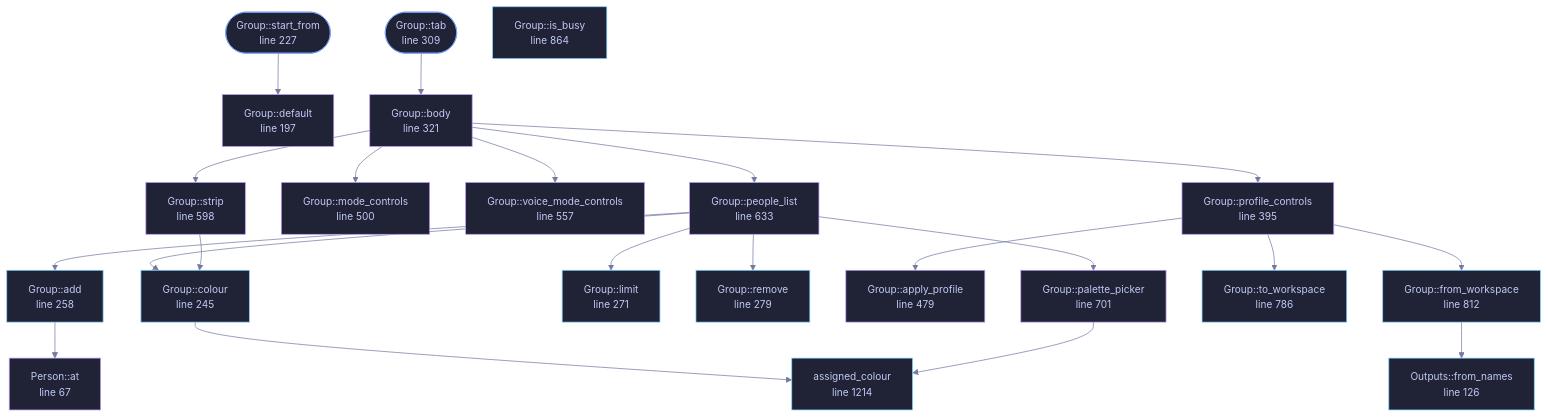
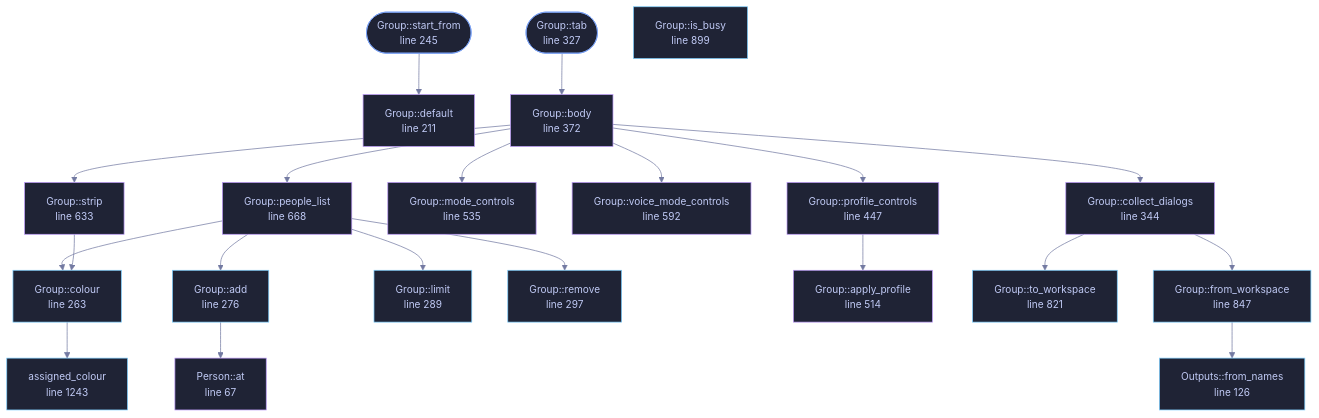
Before and after one commit to tilas01/veilvoice: the diagram in docs/files/veilvoice-gui/group.md, drawn with Mermaid. The commit also changed other lines of this file and 42 other files, not shown here.

````diff
--- a/docs/files/veilvoice-gui/group.md
+++ b/docs/files/veilvoice-gui/group.md
@@ -112,74 +112,73 @@
 ```mermaid
 %%{init: {"theme":"base","themeVariables":{"background":"#1a1b26","primaryColor":"#1f2335","primaryTextColor":"#c0caf5","primaryBorderColor":"#7aa2f7","secondaryColor":"#16161e","tertiaryColor":"#16161e","lineColor":"#737aa2","textColor":"#c0caf5","mainBkg":"#1f2335","nodeBorder":"#7aa2f7","clusterBkg":"#16161e","clusterBorder":"#2f3549","fontFamily":"ui-monospace, SFMono-Regular, Consolas, monospace","fontSize":"14px"}}}%%
 flowchart TD
     n_at["Person::at<br/>line 67"]
     n_default["Outputs::default<br/>line 91"]
     n_from_names["Outputs::from_names<br/>line 126"]
-    n_default["Group::default<br/>line 197"]
-    n_start_from(["Group::start_from<br/>line 227"])
-    n_colour["Group::colour<br/>line 245"]
-    n_add["Group::add<br/>line 258"]
-    n_limit["Group::limit<br/>line 271"]
-    n_remove["Group::remove<br/>line 279"]
-    n_tab(["Group::tab<br/>line 309"])
-    n_body["Group::body<br/>line 321"]
-    n_profile_controls["Group::profile_controls<br/>line 395"]
-    n_apply_profile["Group::apply_profile<br/>line 479"]
-    n_mode_controls["Group::mode_controls<br/>line 500"]
-    n_voice_mode_controls["Group::voice_mode_controls<br/>line 557"]
-    n_strip["Group::strip<br/>line 598"]
-    n_people_list["Group::people_list<br/>line 633"]
-    n_palette_picker["Group::palette_picker<br/>line 701"]
-    n_to_workspace["Group::to_workspace<br/>line 786"]
-    n_from_workspace["Group::from_workspace<br/>line 812"]
-    n_is_busy["Group::is_busy<br/>line 864"]
-    n_assigned_colour["assigned_colour<br/>line 1214"]
+    n_default["Group::default<br/>line 211"]
+    n_start_from(["Group::start_from<br/>line 245"])
+    n_colour["Group::colour<br/>line 263"]
+    n_add["Group::add<br/>line 276"]
+    n_limit["Group::limit<br/>line 289"]
+    n_remove["Group::remove<br/>line 297"]
+    n_tab(["Group::tab<br/>line 327"])
+    n_collect_dialogs["Group::collect_dialogs<br/>line 344"]
+    n_body["Group::body<br/>line 372"]
+    n_profile_controls["Group::profile_controls<br/>line 447"]
+    n_apply_profile["Group::apply_profile<br/>line 514"]
+    n_mode_controls["Group::mode_controls<br/>line 535"]
+    n_voice_mode_controls["Group::voice_mode_controls<br/>line 592"]
+    n_strip["Group::strip<br/>line 633"]
+    n_people_list["Group::people_list<br/>line 668"]
+    n_to_workspace["Group::to_workspace<br/>line 821"]
+    n_from_workspace["Group::from_workspace<br/>line 847"]
+    n_is_busy["Group::is_busy<br/>line 899"]
+    n_assigned_colour["assigned_colour<br/>line 1243"]
     n_add --> n_at
+    n_body --> n_collect_dialogs
     n_body --> n_mode_controls
     n_body --> n_people_list
     n_body --> n_profile_controls
     n_body --> n_strip
     n_body --> n_voice_mode_controls
+    n_collect_dialogs --> n_from_workspace
+    n_collect_dialogs --> n_to_workspace
     n_colour --> n_assigned_colour
     n_from_workspace --> n_from_names
-    n_palette_picker --> n_assigned_colour
     n_people_list --> n_add
     n_people_list --> n_colour
     n_people_list --> n_limit
-    n_people_list --> n_palette_picker
     n_people_list --> n_remove
     n_profile_controls --> n_apply_profile
-    n_profile_controls --> n_from_workspace
-    n_profile_controls --> n_to_workspace
     n_start_from --> n_default
     n_strip --> n_colour
     n_tab --> n_body
     click n_at href "https://github.com/tilas01/veilvoice/blob/main/crates/veilvoice-gui/src/group.rs#L67" "open the source"
     click n_default href "https://github.com/tilas01/veilvoice/blob/main/crates/veilvoice-gui/src/group.rs#L91" "open the source"
     click n_from_names href "https://github.com/tilas01/veilvoice/blob/main/crates/veilvoice-gui/src/group.rs#L126" "open the source"
-    click n_default href "https://github.com/tilas01/veilvoice/blob/main/crates/veilvoice-gui/src/group.rs#L197" "open the source"
-    click n_start_from href "https://github.com/tilas01/veilvoice/blob/main/crates/veilvoice-gui/src/group.rs#L227" "open the source"
-    click n_colour href "https://github.com/tilas01/veilvoice/blob/main/crates/veilvoice-gui/src/group.rs#L245" "open the source"
-    click n_add href "https://github.com/tilas01/veilvoice/blob/main/crates/veilvoice-gui/src/group.rs#L258" "open the source"
-    click n_limit href "https://github.com/tilas01/veilvoice/blob/main/crates/veilvoice-gui/src/group.rs#L271" "open the source"
-    click n_remove href "https://github.com/tilas01/veilvoice/blob/main/crates/veilvoice-gui/src/group.rs#L279" "open the source"
-    click n_tab href "https://github.com/tilas01/veilvoice/blob/main/crates/veilvoice-gui/src/group.rs#L309" "open the source"
-    click n_body href "https://github.com/tilas01/veilvoice/blob/main/crates/veilvoice-gui/src/group.rs#L321" "open the source"
-    click n_profile_controls href "https://github.com/tilas01/veilvoice/blob/main/crates/veilvoice-gui/src/group.rs#L395" "open the source"
-    click n_apply_profile href "https://github.com/tilas01/veilvoice/blob/main/crates/veilvoice-gui/src/group.rs#L479" "open the source"
-    click n_mode_controls href "https://github.com/tilas01/veilvoice/blob/main/crates/veilvoice-gui/src/group.rs#L500" "open the source"
-    click n_voice_mode_controls href "https://github.com/tilas01/veilvoice/blob/main/crates/veilvoice-gui/src/group.rs#L557" "open the source"
-    click n_strip href "https://github.com/tilas01/veilvoice/blob/main/crates/veilvoice-gui/src/group.rs#L598" "open the source"
-    click n_people_list href "https://github.com/tilas01/veilvoice/blob/main/crates/veilvoice-gui/src/group.rs#L633" "open the source"
-    click n_palette_picker href "https://github.com/tilas01/veilvoice/blob/main/crates/veilvoice-gui/src/group.rs#L701" "open the source"
-    click n_to_workspace href "https://github.com/tilas01/veilvoice/blob/main/crates/veilvoice-gui/src/group.rs#L786" "open the source"
-    click n_from_workspace href "https://github.com/tilas01/veilvoice/blob/main/crates/veilvoice-gui/src/group.rs#L812" "open the source"
-    click n_is_busy href "https://github.com/tilas01/veilvoice/blob/main/crates/veilvoice-gui/src/group.rs#L864" "open the source"
-    click n_assigned_colour href "https://github.com/tilas01/veilvoice/blob/main/crates/veilvoice-gui/src/group.rs#L1214" "open the source"
+    click n_default href "https://github.com/tilas01/veilvoice/blob/main/crates/veilvoice-gui/src/group.rs#L211" "open the source"
+    click n_start_from href "https://github.com/tilas01/veilvoice/blob/main/crates/veilvoice-gui/src/group.rs#L245" "open the source"
+    click n_colour href "https://github.com/tilas01/veilvoice/blob/main/crates/veilvoice-gui/src/group.rs#L263" "open the source"
+    click n_add href "https://github.com/tilas01/veilvoice/blob/main/crates/veilvoice-gui/src/group.rs#L276" "open the source"
+    click n_limit href "https://github.com/tilas01/veilvoice/blob/main/crates/veilvoice-gui/src/group.rs#L289" "open the source"
+    click n_remove href "https://github.com/tilas01/veilvoice/blob/main/crates/veilvoice-gui/src/group.rs#L297" "open the source"
+    click n_tab href "https://github.com/tilas01/veilvoice/blob/main/crates/veilvoice-gui/src/group.rs#L327" "open the source"
+    click n_collect_dialogs href "https://github.com/tilas01/veilvoice/blob/main/crates/veilvoice-gui/src/group.rs#L344" "open the source"
+    click n_body href "https://github.com/tilas01/veilvoice/blob/main/crates/veilvoice-gui/src/group.rs#L372" "open the source"
+    click n_profile_controls href "https://github.com/tilas01/veilvoice/blob/main/crates/veilvoice-gui/src/group.rs#L447" "open the source"
+    click n_apply_profile href "https://github.com/tilas01/veilvoice/blob/main/crates/veilvoice-gui/src/group.rs#L514" "open the source"
+    click n_mode_controls href "https://github.com/tilas01/veilvoice/blob/main/crates/veilvoice-gui/src/group.rs#L535" "open the source"
+    click n_voice_mode_controls href "https://github.com/tilas01/veilvoice/blob/main/crates/veilvoice-gui/src/group.rs#L592" "open the source"
+    click n_strip href "https://github.com/tilas01/veilvoice/blob/main/crates/veilvoice-gui/src/group.rs#L633" "open the source"
+    click n_people_list href "https://github.com/tilas01/veilvoice/blob/main/crates/veilvoice-gui/src/group.rs#L668" "open the source"
+    click n_to_workspace href "https://github.com/tilas01/veilvoice/blob/main/crates/veilvoice-gui/src/group.rs#L821" "open the source"
+    click n_from_workspace href "https://github.com/tilas01/veilvoice/blob/main/crates/veilvoice-gui/src/group.rs#L847" "open the source"
+    click n_is_busy href "https://github.com/tilas01/veilvoice/blob/main/crates/veilvoice-gui/src/group.rs#L899" "open the source"
+    click n_assigned_colour href "https://github.com/tilas01/veilvoice/blob/main/crates/veilvoice-gui/src/group.rs#L1243" "open the source"
     classDef entry fill:#1f2335,stroke:#7aa2f7,color:#c0caf5
     class n_start_from,n_tab entry
     classDef api fill:#1f2335,stroke:#7dcfff,color:#c0caf5
     class n_from_names,n_colour,n_add,n_limit,n_remove,n_to_workspace,n_from_workspace,n_is_busy,n_assigned_colour api
     classDef helper fill:#1f2335,stroke:#bb9af7,color:#c0caf5
-    class n_at,n_default,n_default,n_body,n_profile_controls,n_apply_profile,n_mode_controls,n_voice_mode_controls,n_strip,n_people_list,n_palette_picker helper
+    class n_at,n_default,n_default,n_collect_dialogs,n_body,n_profile_controls,n_apply_profile,n_mode_controls,n_voice_mode_controls,n_strip,n_people_list helper
 ```
````
